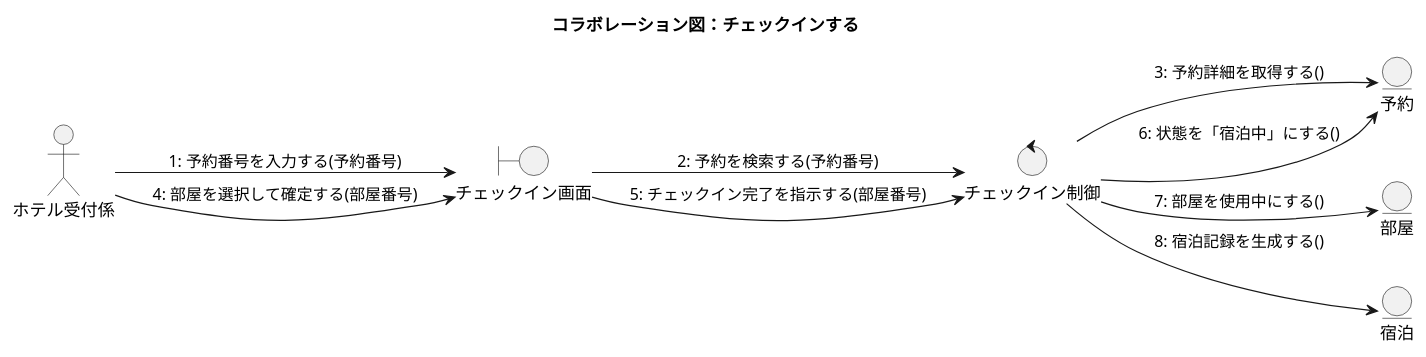
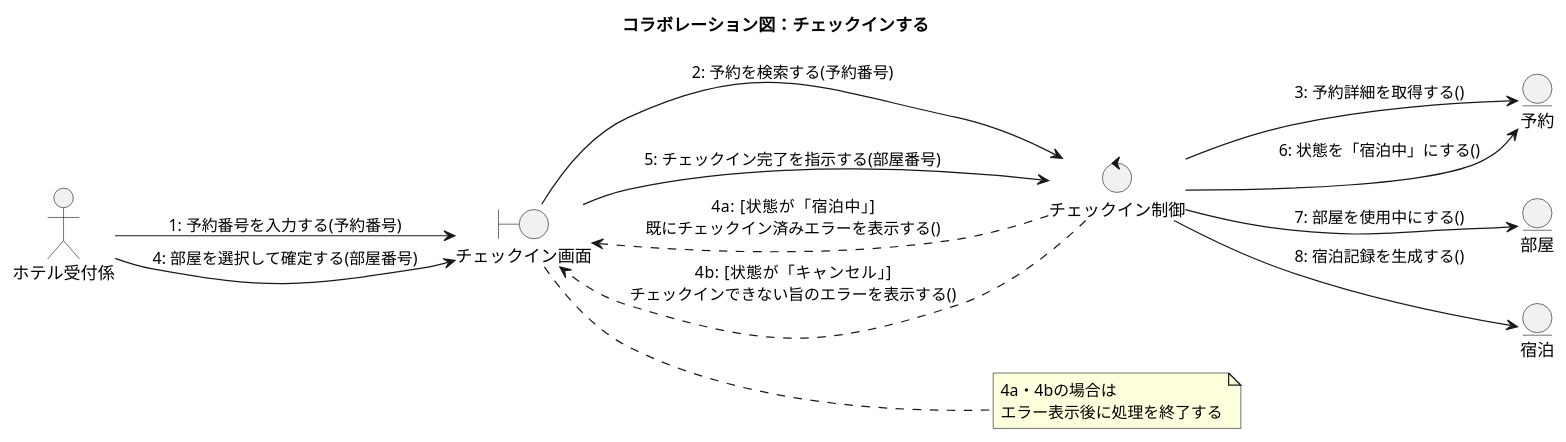
One commit to rancid0025/hotelreserve changed the diagram in hotel-reservation-system/6b_コラボレーション図_チェックイン.puml. Above: the diagram before and after it, drawn with PlantUML.

Commit message:
Enhance check-in collaboration diagram with error handling
Added alternative scenarios for reservation status checks during check-in process.

```diff
--- a/hotel-reservation-system/6b_コラボレーション図_チェックイン.puml
+++ b/hotel-reservation-system/6b_コラボレーション図_チェックイン.puml
@@ -1,28 +1,35 @@
 @startuml HRS_コラボレーション図_チェックイン
 
 left to right direction
 skinparam shadowing false
 title コラボレーション図：チェックインする
 
 actor "ホテル受付係" as A
 
 boundary "チェックイン画面" as B
 control "チェックイン制御" as C
 entity "予約" as R
 entity "部屋" as RM
 entity "宿泊" as S
 
 A --> B : 1: 予約番号を入力する(予約番号)
 B --> C : 2: 予約を検索する(予約番号)
 C --> R : 3: 予約詳細を取得する()
+
+' --- 代替系列（予約状態のガード） ---
+C ..> B : 4a: [状態が「宿泊中」]\n既にチェックイン済みエラーを表示する()
+C ..> B : 4b: [状態が「キャンセル」]\nチェックインできない旨のエラーを表示する()
+
+' --- 基本系列 ---
 A --> B : 4: 部屋を選択して確定する(部屋番号)
 B --> C : 5: チェックイン完了を指示する(部屋番号)
 C --> R : 6: 状態を「宿泊中」にする()
 C --> RM : 7: 部屋を使用中にする()
 C --> S : 8: 宿泊記録を生成する()
 
-' --- 代替系列（予約状態のガード） ---
-' 6a: [状態が「宿泊中」] 既にチェックイン済みエラーを表示して終了
-' 6b: [状態が「キャンセル」] キャンセル済みの予約はチェックインできませんエラーを表示して終了（UC3 代替フロー4b）
+note right of B
+  4a・4bの場合は
+  エラー表示後に処理を終了する
+end note
 
 @enduml
```
